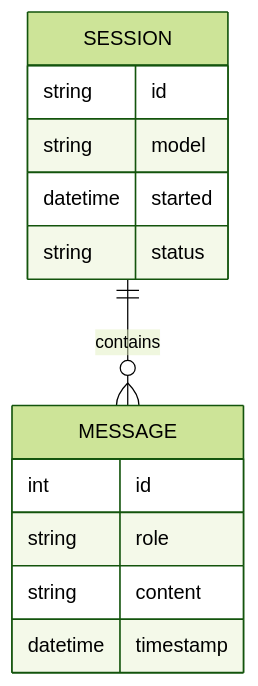
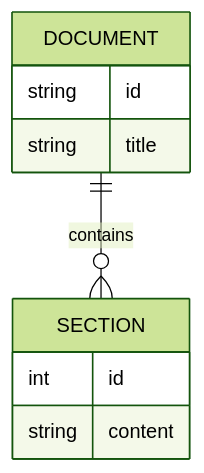
The fifth of 5 diagrams in blad/docs/EXAMPLES.md (Fairglow/kvist), drawn with Mermaid (forest theme) before and after one commit. The commit also changed other lines of this file and 35 other files, not shown here.

````diff
--- a/blad/docs/EXAMPLES.md
+++ b/blad/docs/EXAMPLES.md
@@ -209,16 +246,12 @@
 ```mermaid
 erDiagram
-    SESSION ||--o{ MESSAGE : contains
-    SESSION {
+    DOCUMENT ||--o{ SECTION : contains
+    DOCUMENT {
         string id
-        string model
-        datetime started
-        string status
+        string title
     }
-    MESSAGE {
+    SECTION {
         int id
-        string role
         string content
-        datetime timestamp
     }
 ```
````
